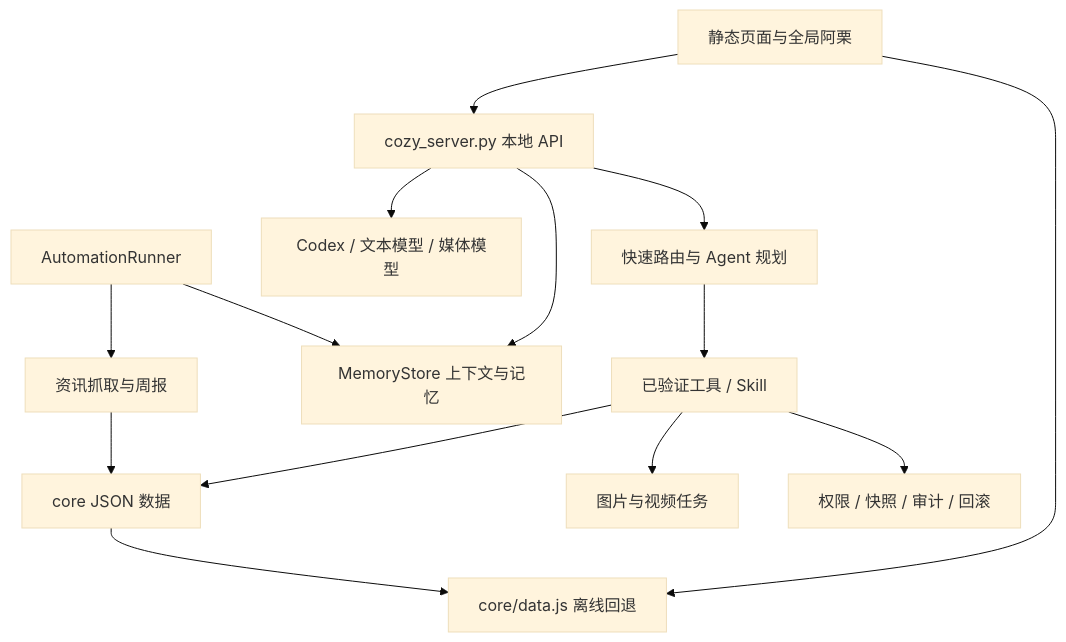
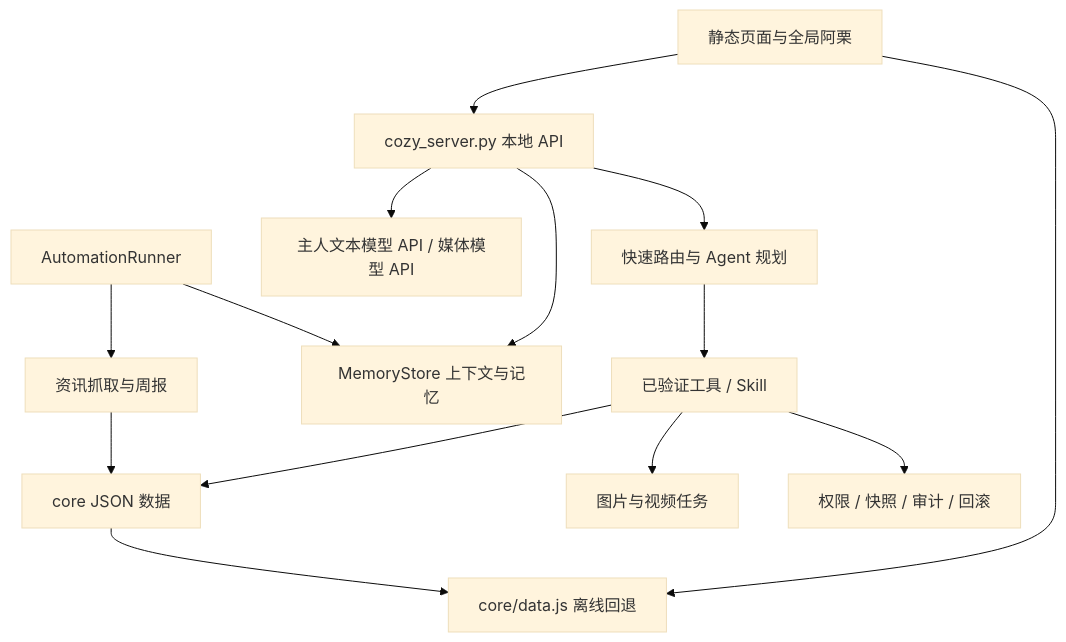
One commit to Labixy1/chestnut-courtyard changed the first of 3 diagrams in PRODUCT_AND_ARCHITECTURE.md. Above: the diagram before and after it, drawn with Mermaid (base theme). The commit also changed other lines of this file and 34 other files, not shown here.

````diff
--- a/PRODUCT_AND_ARCHITECTURE.md
+++ b/PRODUCT_AND_ARCHITECTURE.md
@@ -175,16 +175,16 @@
 ```mermaid
 flowchart TD
     UI["静态页面与全局阿栗"] --> API["cozy_server.py 本地 API"]
     UI --> FALLBACK["core/data.js 离线回退"]
     API --> ROUTER["快速路由与 Agent 规划"]
     ROUTER --> TOOLS["已验证工具 / Skill"]
     TOOLS --> DATA["core JSON 数据"]
     TOOLS --> MEDIA["图片与视频任务"]
     TOOLS --> SYSTEM["权限 / 快照 / 审计 / 回滚"]
     API --> MEMORY["MemoryStore 上下文与记忆"]
-    API --> MODELS["Codex / 文本模型 / 媒体模型"]
+    API --> MODELS["主人文本模型 API / 媒体模型 API"]
     AUTO["AutomationRunner"] --> REPORT["资讯抓取与周报"]
     AUTO --> MEMORY
     REPORT --> DATA
     DATA --> FALLBACK
 ```
````
